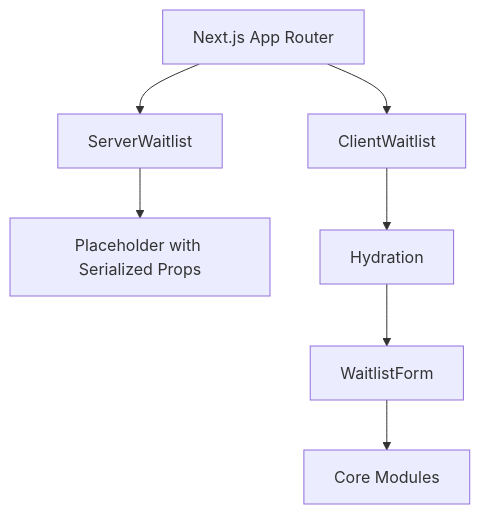
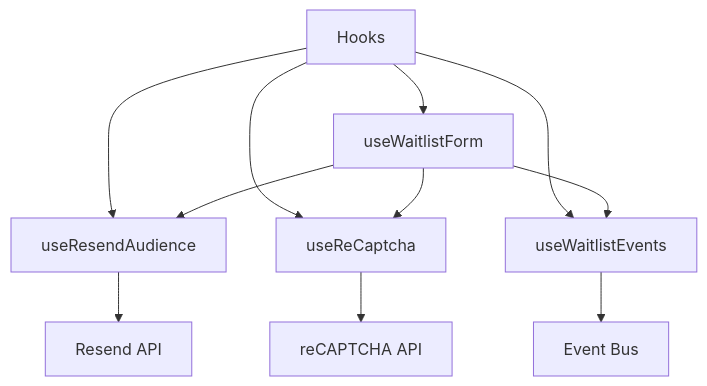
The fourth of 9 diagrams in docs/architecture.md (pmatheusvinhas/react-waitlist), drawn with Mermaid before and after one commit. The commit also changed other lines of this file and 36 other files, not shown here.

````diff
--- a/docs/architecture.md
+++ b/docs/architecture.md
@@ -50,9 +78,13 @@
 ```mermaid
 graph TD
-    A[Next.js App Router] --> B[ServerWaitlist]
-    B --> C[Placeholder with Serialized Props]
-    A --> D[ClientWaitlist]
-    D --> E[Hydration]
-    E --> F[WaitlistForm]
-    F --> G[Core Modules]
+    A[Hooks] --> B[useResendAudience]
+    A --> C[useReCaptcha]
+    A --> D[useWaitlistEvents]
+    A --> E[useWaitlistForm]
+    B --> F[Resend API]
+    C --> G[reCAPTCHA API]
+    D --> H[Event Bus]
+    E --> B
+    E --> C
+    E --> D
 ```
````
